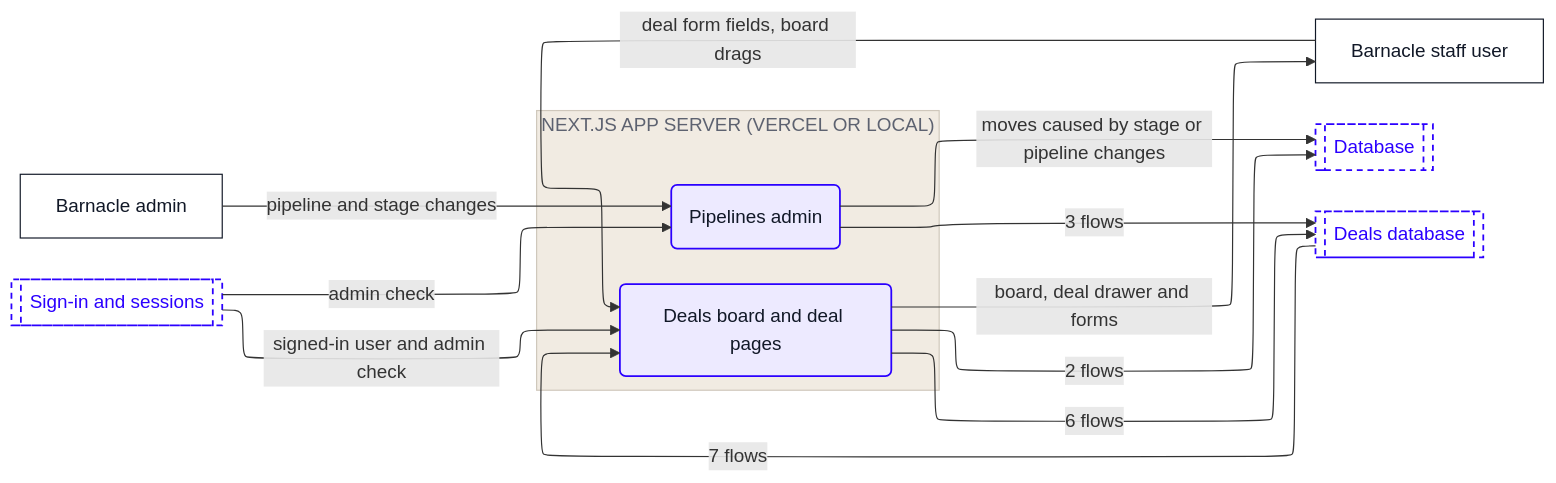
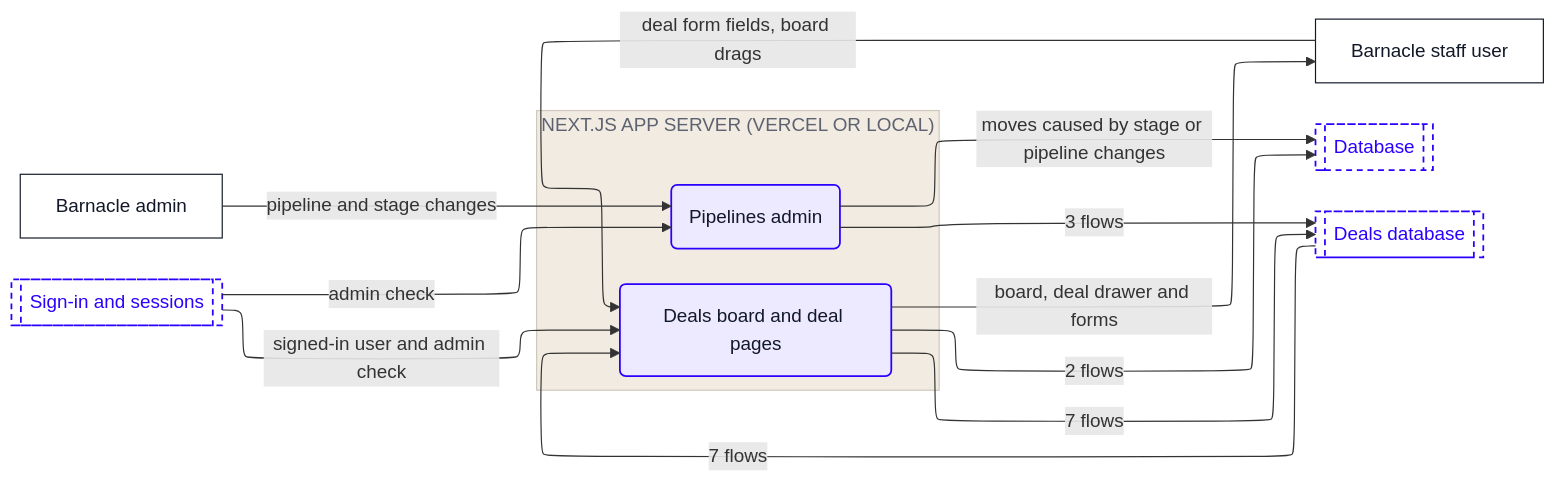
The fifth of 10 diagrams in dataflow/DATAFLOW.md (Romain-Perche/Barnacle-Pipe), drawn with Mermaid before and after one commit. The commit also changed other lines of this file and 14 other files, not shown here.

````diff
--- a/dataflow/DATAFLOW.md
+++ b/dataflow/DATAFLOW.md
@@ -252,36 +253,36 @@
 ```mermaid
 ---
 config:
   layout: elk
 ---
 flowchart LR
     n1["Barnacle admin"]
     n2["Barnacle staff user"]
     subgraph z1["NEXT.JS APP SERVER (VERCEL OR LOCAL)"]
         n3("Deals board and deal pages")
         n4("Pipelines admin")
     end
     n5[["Database"]]
     n6[["Deals database"]]
     n7[["Sign-in and sessions"]]
     n1 -->|"pipeline and stage changes"| n4
     n6 -->|"7 flows"| n3
-    n3 -->|"6 flows"| n6
+    n3 -->|"7 flows"| n6
     n3 -->|"2 flows"| n5
     n3 -->|"board, deal drawer and forms"| n2
     n4 -->|"3 flows"| n6
     n4 -->|"moves caused by stage or pipeline changes"| n5
     n7 -->|"signed-in user and admin check"| n3
     n7 -->|"admin check"| n4
     n2 -->|"deal form fields, board drags"| n3
     classDef actor fill:#FFFFFF,stroke:#111827,stroke-width:1px,color:#111827
     classDef process fill:#EDEAFF,stroke:#2B00FF,stroke-width:1.5px,color:#111827
     classDef store fill:#FAF6F1,stroke:#111827,stroke-width:1.5px,color:#111827
     classDef zone fill:#1A1A1A,stroke:#1A1A1A,color:#FFFFFF
     classDef group fill:#2B00FF,stroke:#2B00FF,color:#FFFFFF
     classDef stub fill:#FFFFFF,stroke:#2B00FF,stroke-width:1.5px,stroke-dasharray:5 4,color:#2B00FF
     class n1,n2 actor
     class n3,n4 process
     class n5,n6,n7 stub
     style z1 fill:#F1EBE2,stroke:#CFC7BB,color:#5D6270
 ```
````
